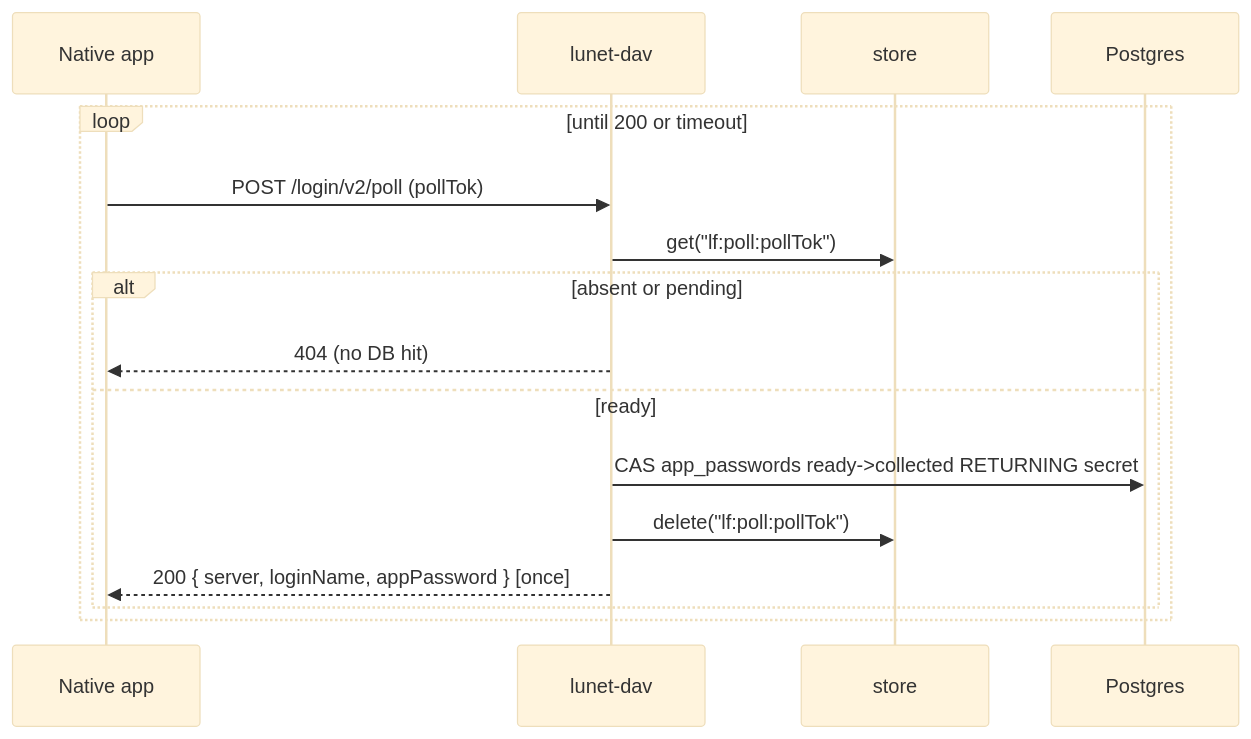
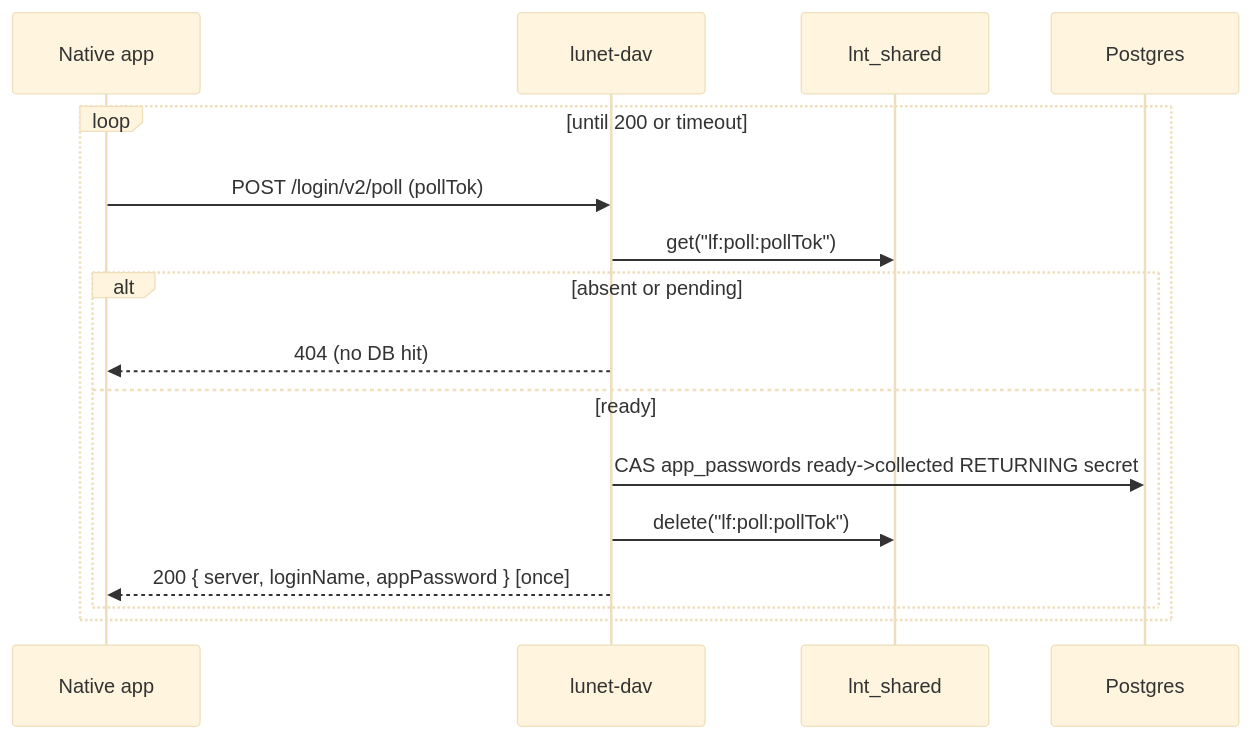
Before and after one commit to lua-lunet/lunet-dav: the third of 3 diagrams in docs/DESIGN.md, drawn with Mermaid (base theme). The commit also changed other lines of this file and 10 other files, not shown here.

````diff
--- a/docs/DESIGN.md
+++ b/docs/DESIGN.md
@@ -333,18 +340,18 @@
 ```mermaid
 sequenceDiagram
     participant App as Native app
     participant Srv as lunet-dav
-    participant Store as store
+    participant Store as lnt_shared
     participant PG as Postgres
     loop until 200 or timeout
         App->>Srv: POST /login/v2/poll (pollTok)
         Srv->>Store: get("lf:poll:pollTok")
         alt absent or pending
             Srv-->>App: 404 (no DB hit)
         else ready
             Srv->>PG: CAS app_passwords ready->collected RETURNING secret
             Srv->>Store: delete("lf:poll:pollTok")
             Srv-->>App: 200 { server, loginName, appPassword } [once]
         end
     end
 ```
````
